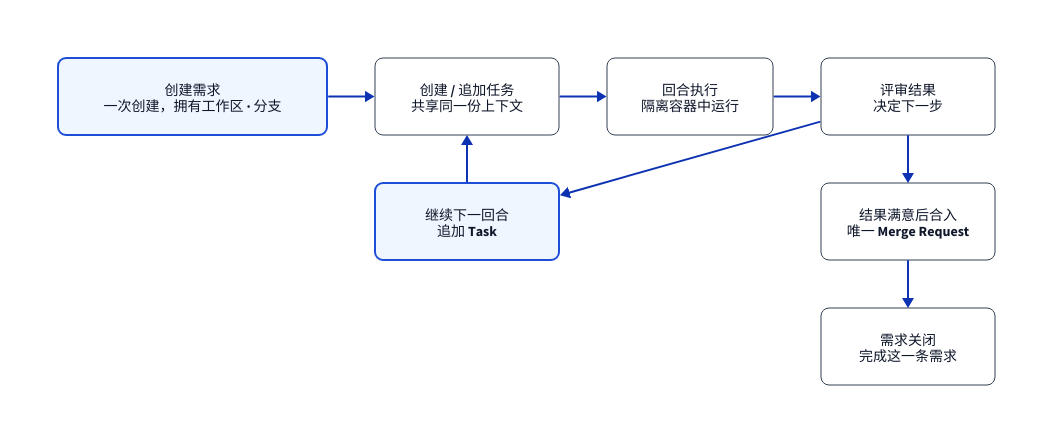
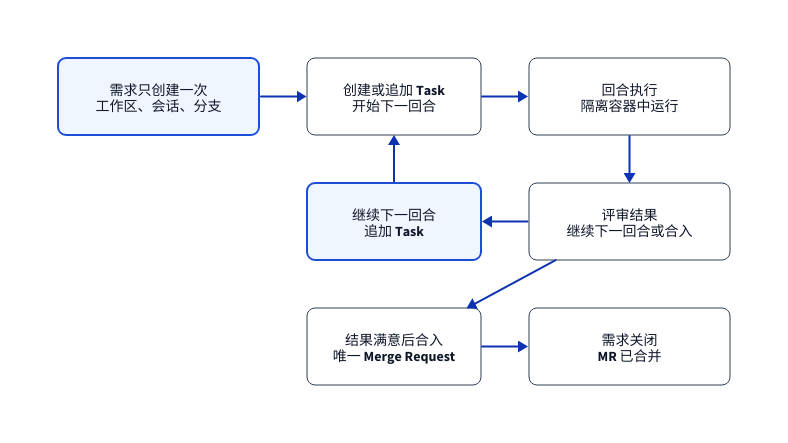
The diagram in frontend/src/guide/assets/diagrams/zh-CN/issue-loop.d2 (EeeMt/codify), drawn with D2 before and after one commit. The commit also changed 85 other files, not shown here.

```diff
--- a/frontend/src/guide/assets/diagrams/zh-CN/issue-loop.d2
+++ b/frontend/src/guide/assets/diagrams/zh-CN/issue-loop.d2
@@ -1,71 +1,70 @@
 # 章节：10-quick-start（快速开始）· 一个需求，多个回合
 # 读者要理解：需求只创建一次，它拥有工作区、AI 会话与分支；之后是在同一个
-# 需求上反复追加回合——创建或追加 Task、执行、评审，再决定是否继续，
-# 满意后合并这唯一一个合并请求，需求随之关闭。
+# 需求上反复追加回合——创建或追加 Task、在隔离容器里执行、评审结果，再决定
+# 是否继续，满意后合并这唯一一个合并请求，需求随之关闭。
 # 渲染：python3 scripts/guide/render-diagrams.py（在仓库根目录执行）
 
 vars: {
   d2-config: {
     layout-engine: elk
   }
 }
 
 direction: right
 
 classes: {
   node: {
     style.fill: "#FFFFFF"
     style.stroke: "#334155"
     style.stroke-width: 1
     style.font-color: "#0F172A"
     style.font-size: 14
     style.border-radius: 8
   }
   accent: {
     style.fill: "#EFF6FF"
     style.stroke: "#1D4ED8"
     style.font-color: "#0F172A"
     style.font-size: 14
     style.border-radius: 8
   }
   external: {
     style.fill: "#F8FAFC"
     style.stroke: "#94A3B8"
     style.stroke-dash: 4
     style.font-color: "#0F172A"
     style.font-size: 14
     style.border-radius: 8
   }
 }
 
+# 三行三列让画布接近指南图框的宽度，14px 的标签被缩小得很少。两个透明占位节点把
+# 下两行的第一列留空，于是「继续下一回合」正好落在「创建 / 追加任务」下方，回环
+# 箭头是一条短竖线，收尾的一对节点共用最后一行。
 loop: {
   label: ""
   grid-rows: 3
-  grid-columns: 4
+  grid-columns: 3
   grid-gap: 48
   style.fill: transparent
   style.stroke-width: 0
 
-  # The decision words live inside the branch cards instead of on edges. This
-  # keeps the arrows clear and prevents labels from sitting on card borders.
-  create_issue: "创建需求\n一次创建，拥有工作区 · 分支" { class: accent }
-  append_task: "创建 / 追加任务\n共享同一份上下文" { class: node }
+  # 判断词写在分支卡片里，不放在箭头上：箭头保持干净，标签也不会压在卡片边框上。
+  create_issue: "需求只创建一次\n工作区、会话、分支" { class: accent }
+  append_task: "创建或追加 Task\n开始下一回合" { class: node }
   run_turn: "回合执行\n隔离容器中运行" { class: node }
-  review: "评审结果\n决定下一步" { class: node }
   gap_a: " " { style.fill: transparent; style.stroke-width: 0 }
   continue_turn: "继续下一回合\n追加 Task" { class: accent }
+  review: "评审结果\n继续下一回合或合入" { class: node }
   gap_b: " " { style.fill: transparent; style.stroke-width: 0 }
   merge_mr: "结果满意后合入\n唯一 Merge Request" { class: node }
-  gap_c: " " { style.fill: transparent; style.stroke-width: 0 }
-  gap_d: " " { style.fill: transparent; style.stroke-width: 0 }
-  gap_e: " " { style.fill: transparent; style.stroke-width: 0 }
-  close_issue: "需求关闭\n完成这一条需求" { class: node }
+  close_issue: "需求关闭\nMR 已合并" { class: node }
 
   create_issue -> append_task
   append_task -> run_turn
   run_turn -> review
   review -> continue_turn
   continue_turn -> append_task
   review -> merge_mr
   merge_mr -> close_issue
 }
```
